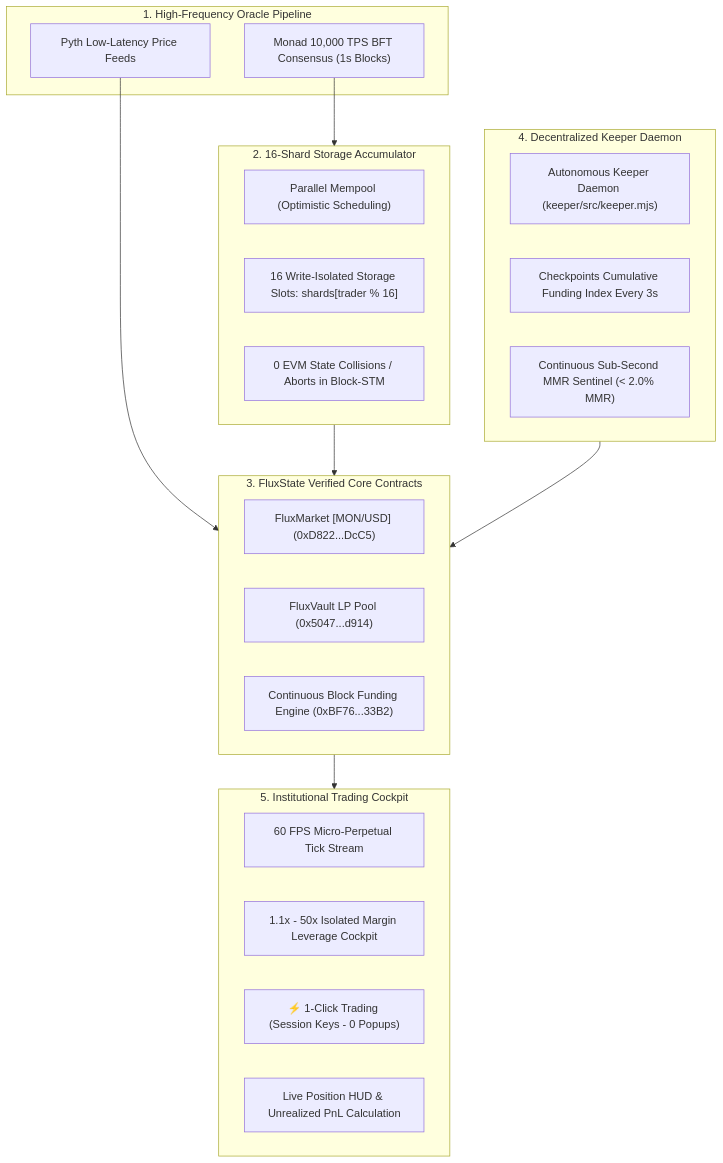
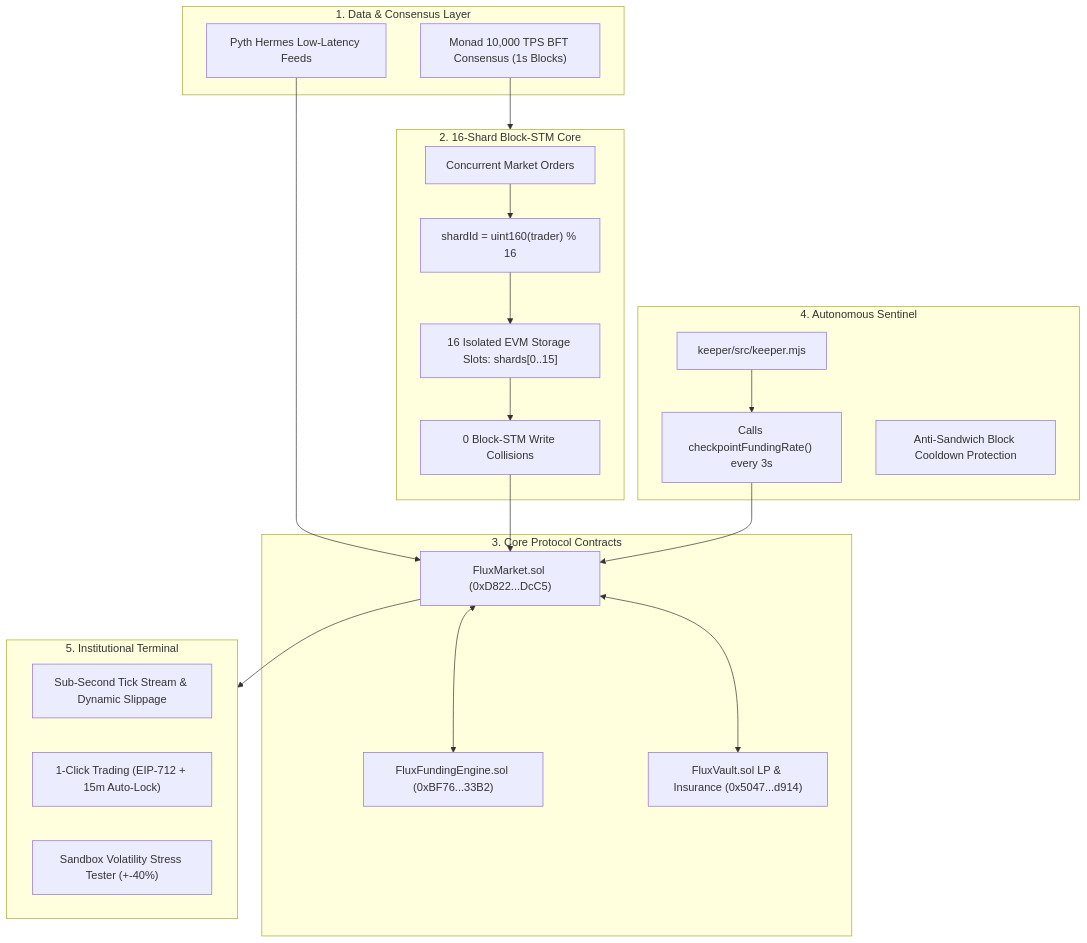
Before and after one commit to 4GuptaArpit/FLUXSTATE: the diagram in README.md, drawn with Mermaid. The commit also changed other lines of this file and 7 other files, not shown here.

````diff
--- a/README.md
+++ b/README.md
@@ -33,38 +59,40 @@
 ```mermaid
 graph TD
-    subgraph Data_Layer["1. High-Frequency Oracle Pipeline"]
-        PYTH["Pyth Low-Latency Price Feeds"]
-        MONAD_L1["Monad 10,000 TPS BFT Consensus (1s Blocks)"]
+    subgraph L1_Data["1. Data & Consensus Layer"]
+        PYTH["Pyth Hermes Low-Latency Feeds"]
+        MONAD["Monad 10,000 TPS BFT Consensus (1s Blocks)"]
     end
 
-    subgraph Parallel_Core["2. 16-Shard Storage Accumulator"]
-        MEMPOOL["Parallel Mempool (Optimistic Scheduling)"]
-        SHARDS["16 Write-Isolated Storage Slots: shards[trader % 16]"]
-        COLLISION["0 EVM State Collisions / Aborts in Block-STM"]
+    subgraph Shard_Layer["2. 16-Shard Block-STM Core"]
+        TX["Concurrent Market Orders"]
+        HASH["shardId = uint160(trader) % 16"]
+        SLOTS["16 Isolated EVM Storage Slots: shards[0..15]"]
+        ZERO_ABORT["0 Block-STM Write Collisions"]
     end
 
-    subgraph Contracts["3. FluxState Verified Core Contracts"]
-        MARKET["FluxMarket [MON/USD] (0xD822...DcC5)"]
-        VAULT["FluxVault LP Pool (0x5047...d914)"]
-        FUNDING["Continuous Block Funding Engine (0xBF76...33B2)"]
+    subgraph Settlement["3. Core Protocol Contracts"]
+        MARKET["FluxMarket.sol (0xD822...DcC5)"]
+        ENGINE["FluxFundingEngine.sol (0xBF76...33B2)"]
+        VAULT["FluxVault.sol LP & Insurance (0x5047...d914)"]
     end
 
-    subgraph Autonomous_Keeper["4. Decentralized Keeper Daemon"]
-        SENTINEL["Autonomous Keeper Daemon (keeper/src/keeper.mjs)"]
-        CHECKPOINT["Checkpoints Cumulative Funding Index Every 3s"]
-        LIQ["Continuous Sub-Second MMR Sentinel (< 2.0% MMR)"]
+    subgraph Keepers["4. Autonomous Sentinel"]
+        DAEMON["keeper/src/keeper.mjs"]
+        PULSE["Calls checkpointFundingRate() every 3s"]
+        COOLDOWN["Anti-Sandwich Block Cooldown Protection"]
     end
 
-    subgraph UI_Terminal["5. Institutional Trading Cockpit"]
-        CHART["60 FPS Micro-Perpetual Tick Stream"]
-        COCKPIT["1.1x - 50x Isolated Margin Leverage Cockpit"]
-        SESSION["⚡ 1-Click Trading (Session Keys - 0 Popups)"]
-        HUD["Live Position HUD & Unrealized PnL Calculation"]
+    subgraph UI["5. Institutional Terminal"]
+        TICK["Sub-Second Tick Stream & Dynamic Slippage"]
+        SESSION["1-Click Trading (EIP-712 + 15m Auto-Lock)"]
+        SIM["Sandbox Volatility Stress Tester (+-40%)"]
     end
 
-    PYTH --> Contracts
-    MONAD_L1 --> Parallel_Core
-    Parallel_Core --> Contracts
-    Autonomous_Keeper --> Contracts
-    Contracts --> UI_Terminal
+    PYTH --> MARKET
+    MONAD --> Shard_Layer
+    TX --> HASH --> SLOTS --> ZERO_ABORT --> MARKET
+    DAEMON --> PULSE --> MARKET
+    MARKET <--> ENGINE
+    MARKET <--> VAULT
+    MARKET --> UI
 ```
````
